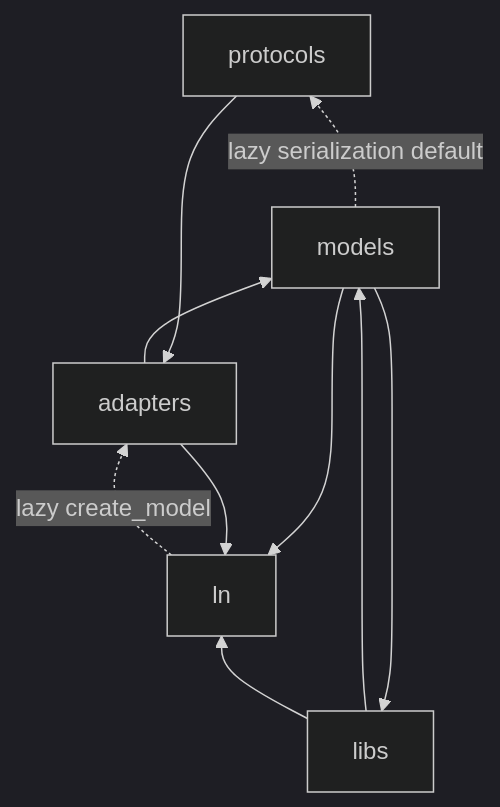
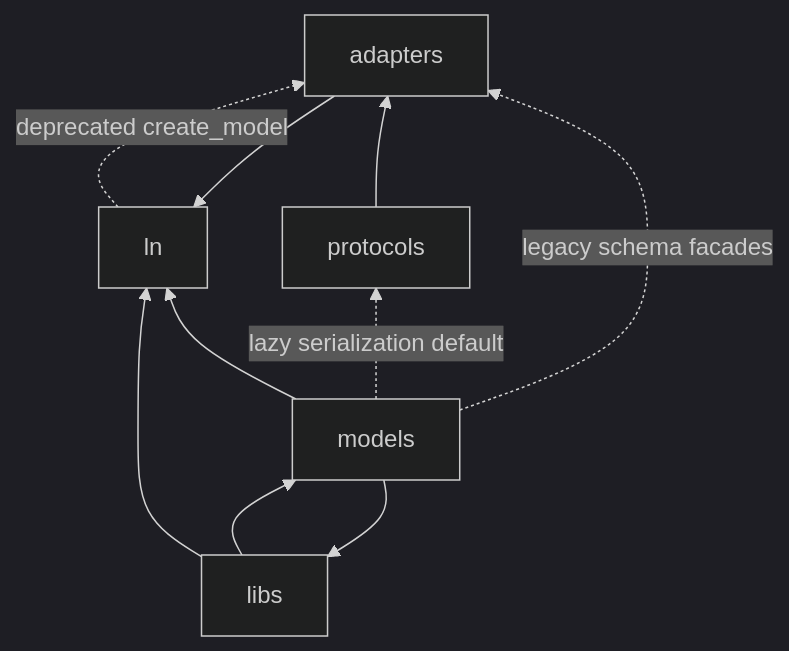
The diagram in docs/adr/ADR-0050-foundational-utility-and-typed-adaptation-strata.md (ohdearquant/lionagi), drawn with Mermaid (dark theme) before and after one commit. The commit also changed other lines of this file and 37 other files, not shown here.

Commit message:
refactor: make Spec adapters the schema authority

````diff
--- a/docs/adr/ADR-0050-foundational-utility-and-typed-adaptation-strata.md
+++ b/docs/adr/ADR-0050-foundational-utility-and-typed-adaptation-strata.md
@@ -145,12 +149,12 @@
 ```mermaid
 flowchart BT
     libs --> ln
     libs --> models
     models --> ln
     models --> libs
     models -. lazy serialization default .-> protocols
+    models -. legacy schema facades .-> adapters
     adapters --> ln
-    adapters --> models
     protocols --> adapters
-    ln -. lazy create_model .-> adapters
+    ln -. deprecated create_model .-> adapters
 ```
````
